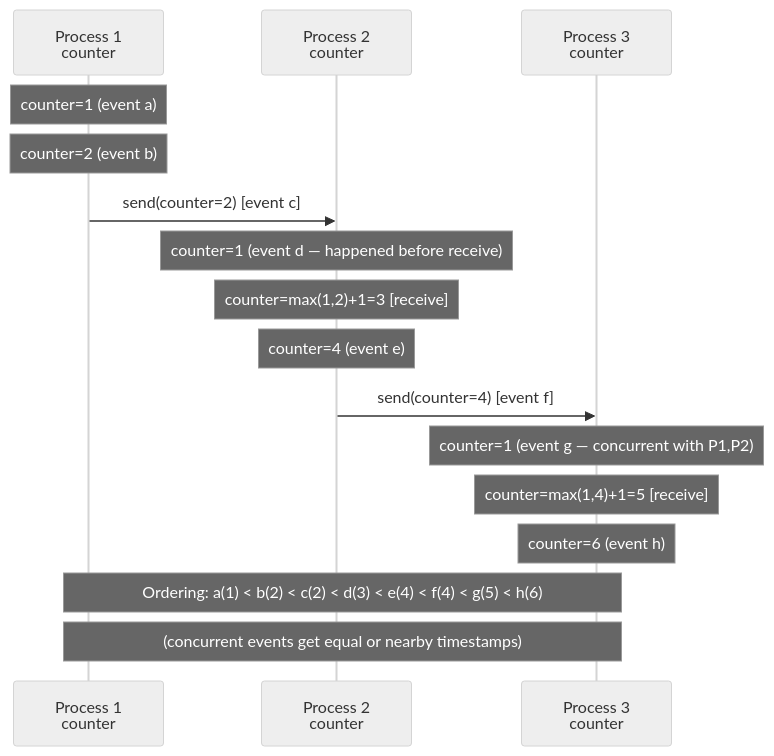
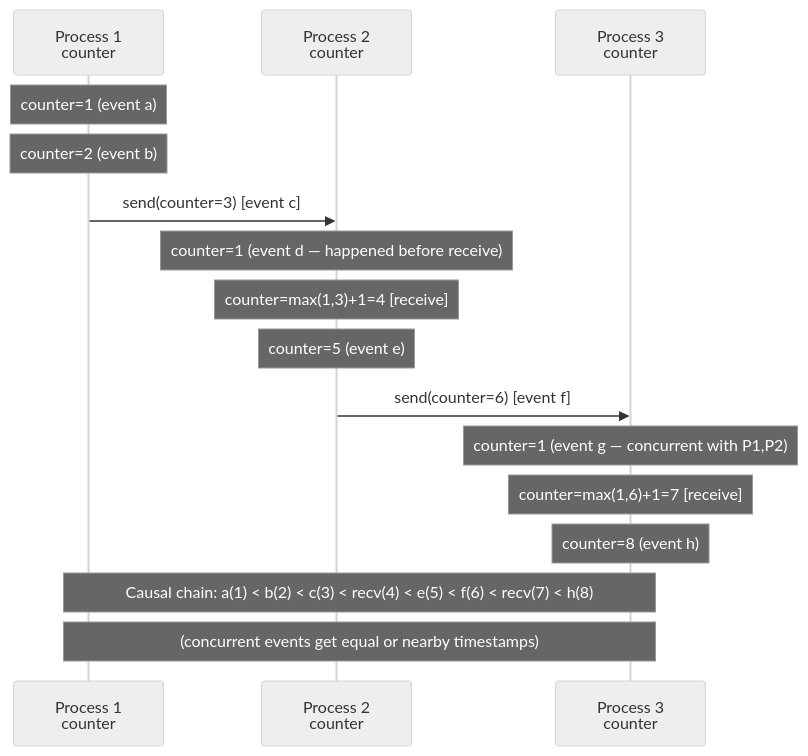
One commit to Ankan1998/learn-system-design changed the first of 4 diagrams in Level-04-Distributed-Systems/06-Clocks-and-Ordering/README.md. Above: the diagram before and after it, drawn with Mermaid (neutral theme). The commit also changed other lines of this file and 139 other files, not shown here.

````diff
--- a/Level-04-Distributed-Systems/06-Clocks-and-Ordering/README.md
+++ b/Level-04-Distributed-Systems/06-Clocks-and-Ordering/README.md
@@ -53,22 +53,22 @@
 ```mermaid
 sequenceDiagram
     participant P1 as Process 1<br/>counter
     participant P2 as Process 2<br/>counter
     participant P3 as Process 3<br/>counter
 
     Note over P1: counter=1 (event a)
     Note over P1: counter=2 (event b)
-    P1->>P2: send(counter=2) [event c]
+    P1->>P2: send(counter=3) [event c]
 
     Note over P2: counter=1 (event d — happened before receive)
-    Note over P2: counter=max(1,2)+1=3 [receive]
-    Note over P2: counter=4 (event e)
-    P2->>P3: send(counter=4) [event f]
+    Note over P2: counter=max(1,3)+1=4 [receive]
+    Note over P2: counter=5 (event e)
+    P2->>P3: send(counter=6) [event f]
 
     Note over P3: counter=1 (event g — concurrent with P1,P2)
-    Note over P3: counter=max(1,4)+1=5 [receive]
-    Note over P3: counter=6 (event h)
+    Note over P3: counter=max(1,6)+1=7 [receive]
+    Note over P3: counter=8 (event h)
 
-    Note over P1,P3: Ordering: a(1) < b(2) < c(2) < d(3) < e(4) < f(4) < g(5) < h(6)
+    Note over P1,P3: Causal chain: a(1) < b(2) < c(3) < recv(4) < e(5) < f(6) < recv(7) < h(8)
     Note over P1,P3: (concurrent events get equal or nearby timestamps)
 ```
````
